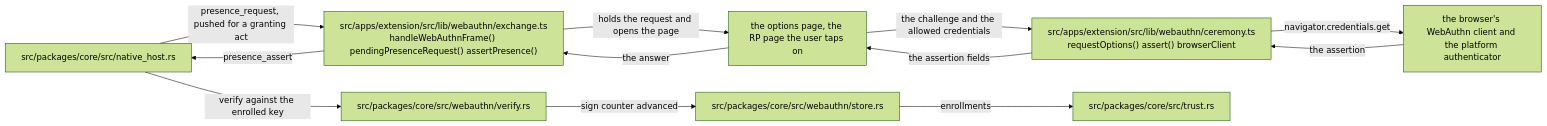
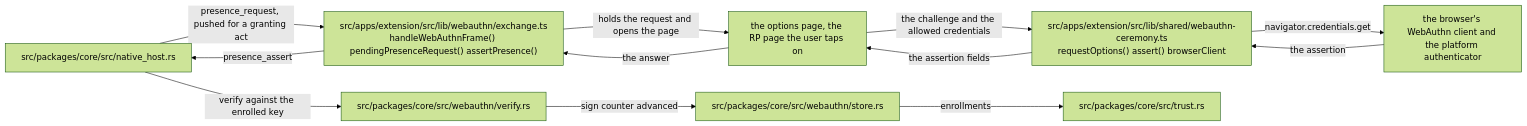
One commit to Vivswan/chromium-bridge changed the fourth of 7 diagrams in docs/architecture.md. Above: the diagram before and after it, drawn with Mermaid (forest theme). The commit also changed other lines of this file and 1 other file, not shown here.

Commit message:
docs(architecture): the ceremony box names the module where #192 moved it (#211)

````diff
--- a/docs/architecture.md
+++ b/docs/architecture.md
@@ -382,22 +382,22 @@
 ```mermaid
 flowchart LR
   host["src/packages/core/src/native_host.rs"]
   exchange["src/apps/extension/src/lib/webauthn/exchange.ts<br>handleWebAuthnFrame() pendingPresenceRequest() assertPresence()"]
   page["the options page, the RP page the user taps on"]
-  ceremony["src/apps/extension/src/lib/webauthn/ceremony.ts<br>requestOptions() assert() browserClient"]
+  ceremony["src/apps/extension/src/lib/shared/webauthn-ceremony.ts<br>requestOptions() assert() browserClient"]
   authenticator["the browser's WebAuthn client and the platform authenticator"]
   verify["src/packages/core/src/webauthn/verify.rs"]
   store["src/packages/core/src/webauthn/store.rs"]
   trust["src/packages/core/src/trust.rs"]
   host -->|presence_request, pushed for a granting act| exchange
   exchange -->|holds the request and opens the page| page
   page -->|the challenge and the allowed credentials| ceremony
   ceremony -->|navigator.credentials.get| authenticator
   authenticator -->|the assertion| ceremony
   ceremony -->|the assertion fields| page
   page -->|the answer| exchange
   exchange -->|presence_assert| host
   host -->|verify against the enrolled key| verify
   verify -->|sign counter advanced| store
   store -->|enrollments| trust
 ```
````
